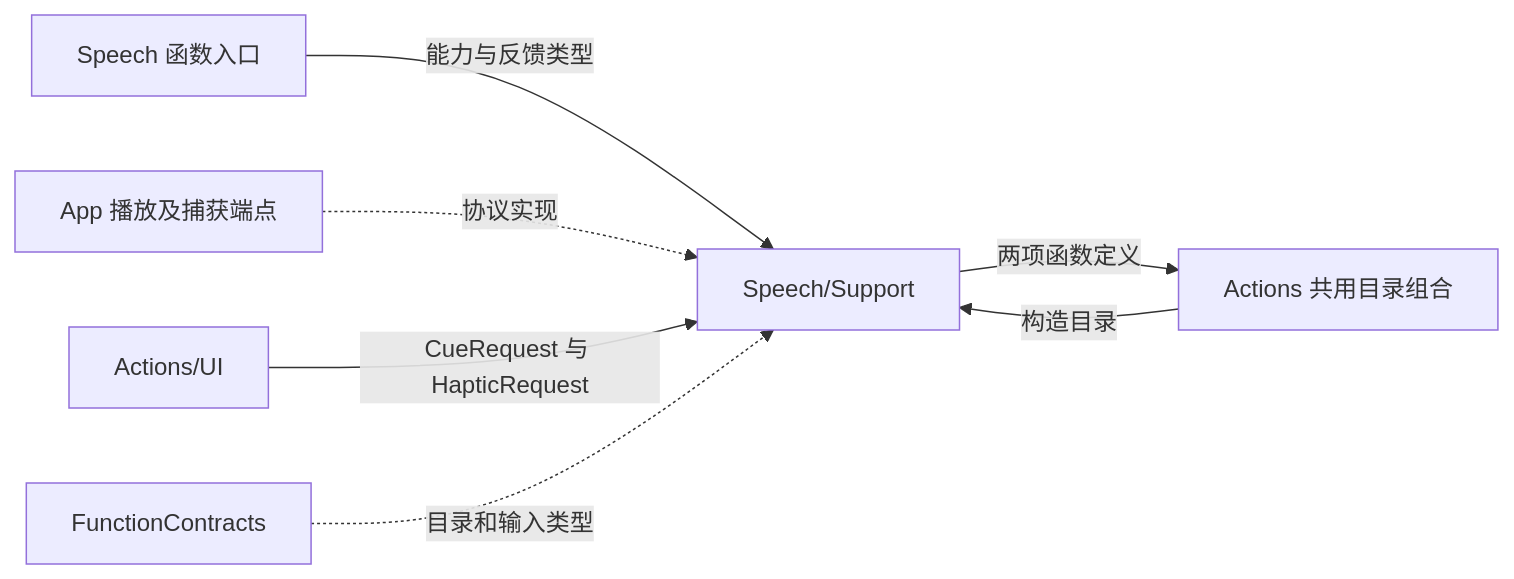
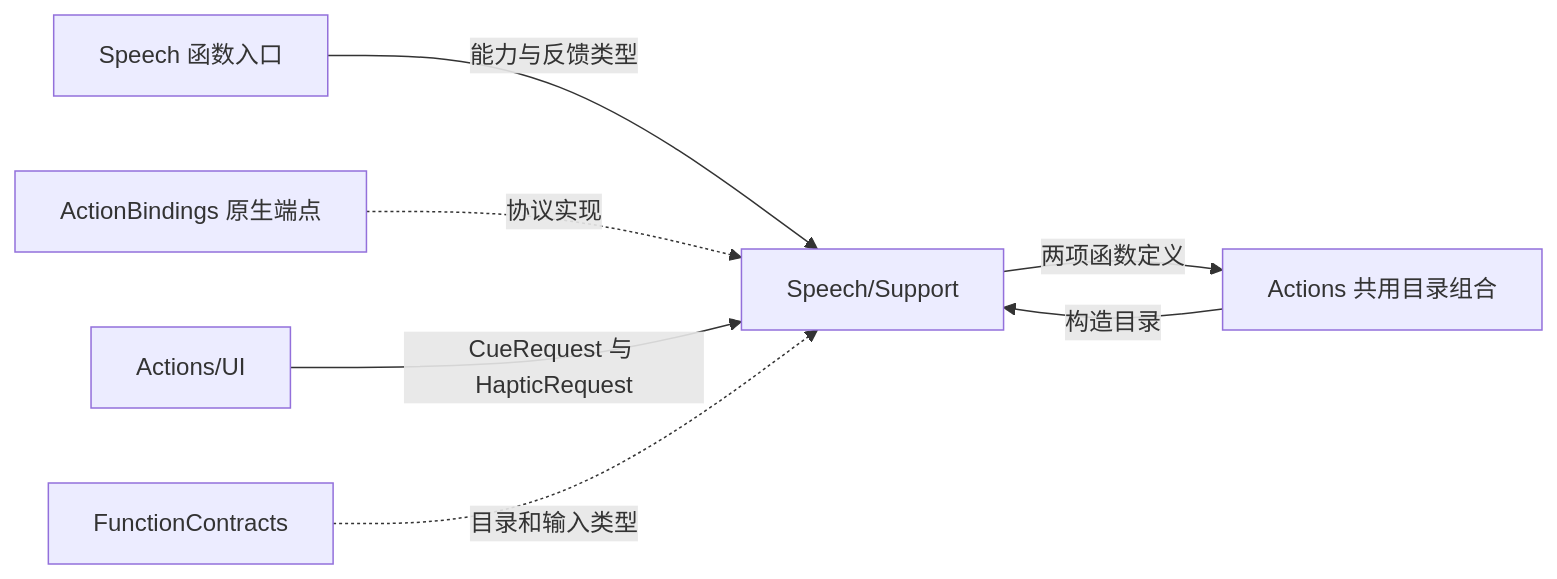
Before and after one commit to devilyouwei/MobileHarness: the first of 2 diagrams in MobileHarness/Actions/Speech/Support/README.md, drawn with Mermaid. The commit also changed other lines of this file and 254 other files, not shown here.

First line of the commit message:
refactor: isolate app composition and module bindings

````diff
--- a/MobileHarness/Actions/Speech/Support/README.md
+++ b/MobileHarness/Actions/Speech/Support/README.md
@@ -9,9 +9,9 @@
 ```mermaid
 flowchart LR
     Entries[Speech 函数入口] -->|能力与反馈类型| S[Speech/Support]
-    Host[App 播放及捕获端点] -.->|协议实现| S
+    Host[ActionBindings 原生端点] -.->|协议实现| S
     Catalog[Actions 共用目录组合] -->|构造目录| S
     S -->|两项函数定义| Catalog
     UIValues[Actions/UI] -->|CueRequest 与 HapticRequest| S
     Contracts[FunctionContracts] -.->|目录和输入类型| S
 ```
````
